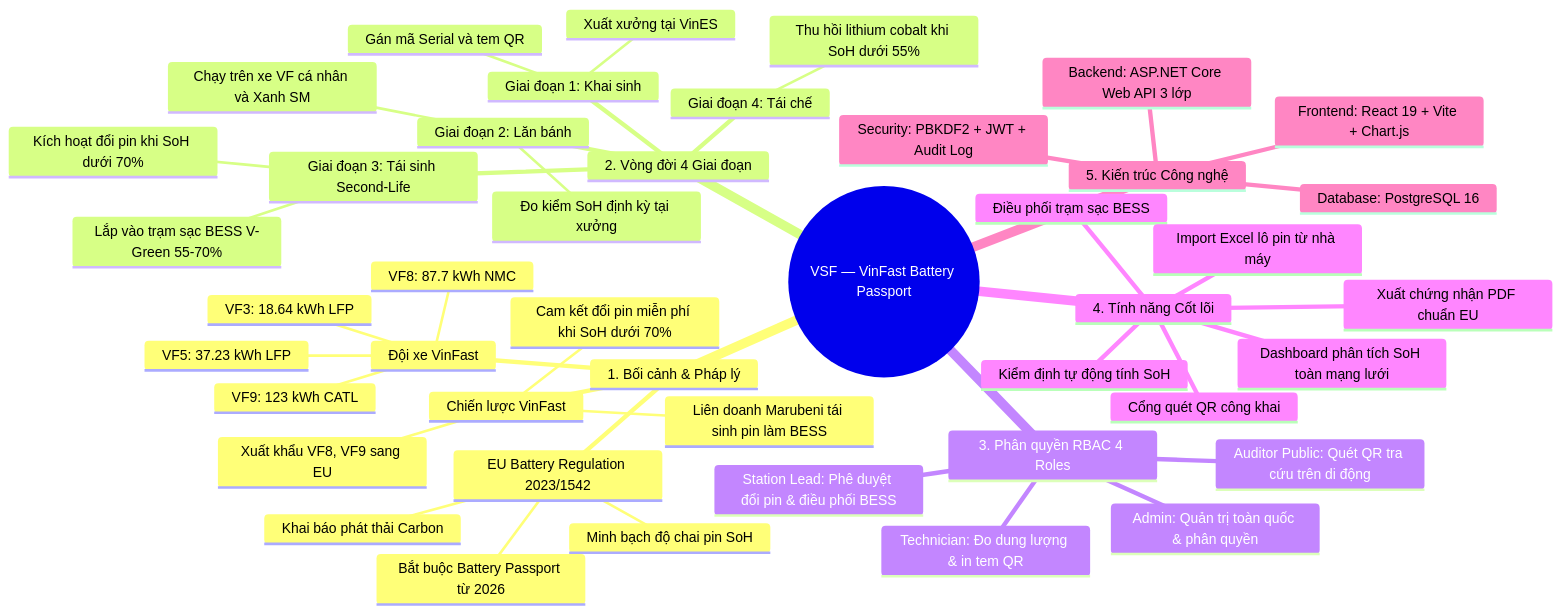
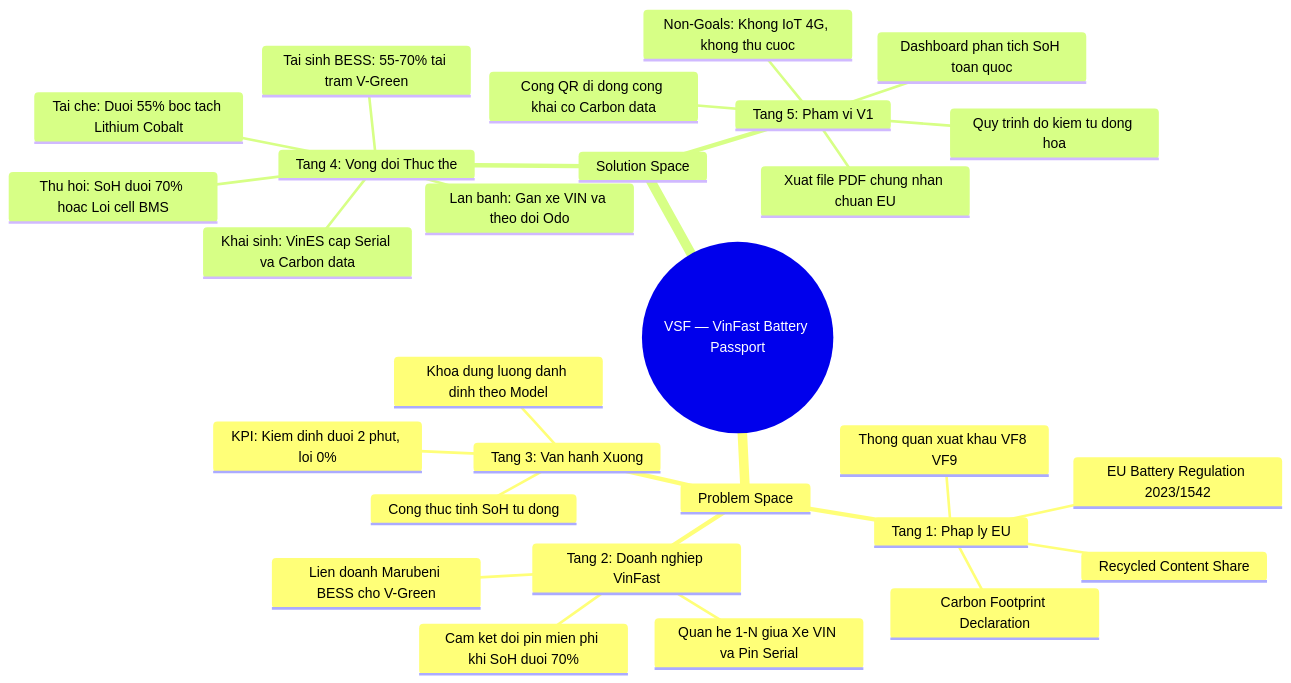
The second of 2 diagrams in docs/01-scope.md (nhatgudboi/VinFast-Battery-Passport-Second-Life-Platform), drawn with Mermaid before and after one commit. The commit also changed other lines of this file, not shown here.

Commit message:
docs: refine 01-scope.md with Problem/Solution space, 1-N vehicle-battery relationship, failure handling, and KPI baseline

````diff
--- a/docs/01-scope.md
+++ b/docs/01-scope.md
@@ -170,47 +209,31 @@
 ```mermaid
 mindmap
   root((VSF — VinFast Battery Passport))
-    1. Bối cảnh & Pháp lý
-      EU Battery Regulation 2023/1542
-        Bắt buộc Battery Passport từ 2026
-        Khai báo phát thải Carbon
-        Minh bạch độ chai pin SoH
-      Chiến lược VinFast
-        Xuất khẩu VF8, VF9 sang EU
-        Cam kết đổi pin miễn phí khi SoH dưới 70%
-        Liên doanh Marubeni tái sinh pin làm BESS
-      Đội xe VinFast
-        VF3: 18.64 kWh LFP
-        VF5: 37.23 kWh LFP
-        VF8: 87.7 kWh NMC
-        VF9: 123 kWh CATL
-    2. Vòng đời 4 Giai đoạn
-      Giai đoạn 1: Khai sinh
-        Xuất xưởng tại VinES
-        Gán mã Serial và tem QR
-      Giai đoạn 2: Lăn bánh
-        Chạy trên xe VF cá nhân và Xanh SM
-        Đo kiểm SoH định kỳ tại xưởng
-      Giai đoạn 3: Tái sinh Second-Life
-        Kích hoạt đổi pin khi SoH dưới 70%
-        Lắp vào trạm sạc BESS V-Green 55-70%
-      Giai đoạn 4: Tái chế
-        Thu hồi lithium cobalt khi SoH dưới 55%
-    3. Phân quyền RBAC 4 Roles
-      Admin: Quản trị toàn quốc & phân quyền
-      Station Lead: Phê duyệt đổi pin & điều phối BESS
-      Technician: Đo dung lượng & in tem QR
-      Auditor Public: Quét QR tra cứu trên di động
-    4. Tính năng Cốt lõi
-      Dashboard phân tích SoH toàn mạng lưới
-      Kiểm định tự động tính SoH
-      Điều phối trạm sạc BESS
-      Import Excel lô pin từ nhà máy
-      Cổng quét QR công khai
-      Xuất chứng nhận PDF chuẩn EU
-    5. Kiến trúc Công nghệ
-      Frontend: React 19 + Vite + Chart.js
-      Backend: ASP.NET Core Web API 3 lớp
-      Database: PostgreSQL 16
-      Security: PBKDF2 + JWT + Audit Log
+    Problem Space
+      Tang 1: Phap ly EU
+        EU Battery Regulation 2023/1542
+        Carbon Footprint Declaration
+        Recycled Content Share
+        Thong quan xuat khau VF8 VF9
+      Tang 2: Doanh nghiep VinFast
+        Cam ket doi pin mien phi khi SoH duoi 70%
+        Quan he 1-N giua Xe VIN va Pin Serial
+        Lien doanh Marubeni BESS cho V-Green
+      Tang 3: Van hanh Xuong
+        Khoa dung luong danh dinh theo Model
+        Cong thuc tinh SoH tu dong
+        KPI: Kiem dinh duoi 2 phut, loi 0%
+    Solution Space
+      Tang 4: Vong doi Thuc the
+        Khai sinh: VinES cap Serial va Carbon data
+        Lan banh: Gan xe VIN va theo doi Odo
+        Thu hoi: SoH duoi 70% hoac Loi cell BMS
+        Tai sinh BESS: 55-70% tai tram V-Green
+        Tai che: Duoi 55% boc tach Lithium Cobalt
+      Tang 5: Pham vi V1
+        Dashboard phan tich SoH toan quoc
+        Quy trinh do kiem tu dong hoa
+        Cong QR di dong cong khai co Carbon data
+        Xuat file PDF chung nhan chuan EU
+        Non-Goals: Khong IoT 4G, khong thu cuoc
 ```
````
